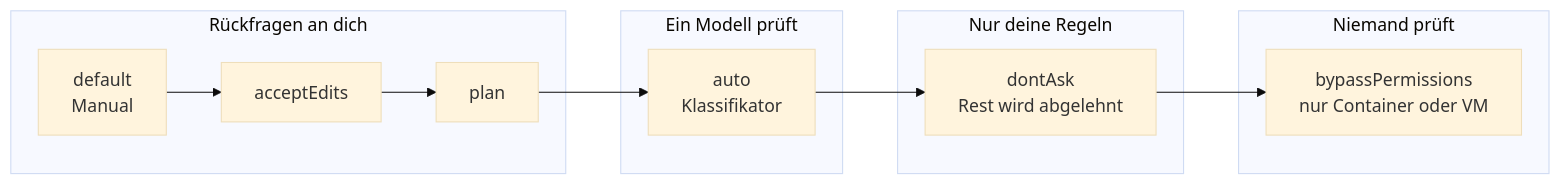
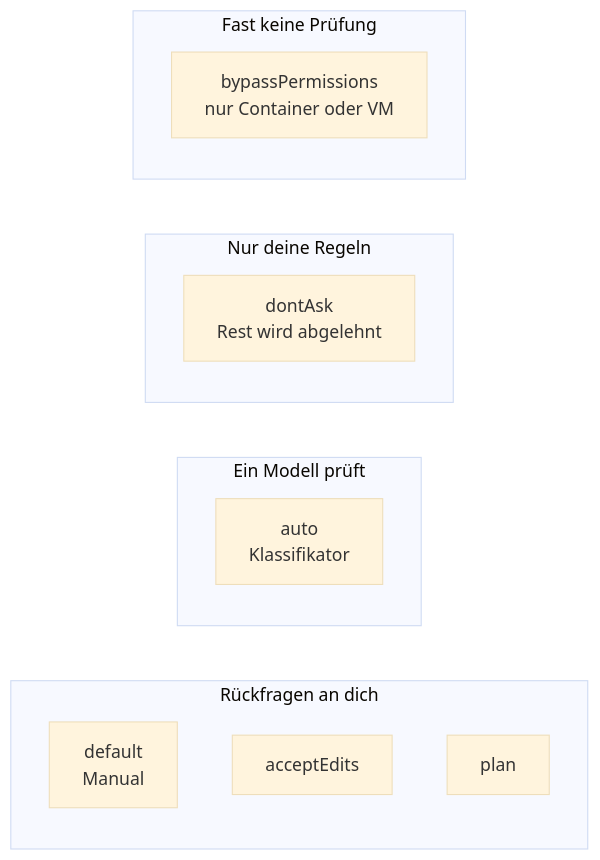
One commit to dynamic-dome/dynamic-workshop changed the diagram in resources/library/s1-06-rechte-modi.md. Above: the diagram before and after it, drawn with Mermaid (base theme). The commit also changed other lines of this file and 56 other files, not shown here.

````diff
--- a/resources/library/s1-06-rechte-modi.md
+++ b/resources/library/s1-06-rechte-modi.md
@@ -41,16 +43,17 @@
 ```mermaid
 flowchart LR
   subgraph du["Rückfragen an dich"]
-    D["default<br/>Manual"] --> E["acceptEdits"] --> P["plan"]
+    D["default<br/>Manual"]
+    E["acceptEdits"]
+    P["plan"]
   end
   subgraph modell["Ein Modell prüft"]
     A["auto<br/>Klassifikator"]
   end
   subgraph regeln["Nur deine Regeln"]
     N["dontAsk<br/>Rest wird abgelehnt"]
   end
-  subgraph niemand["Niemand prüft"]
+  subgraph kaum["Fast keine Prüfung"]
     B["bypassPermissions<br/>nur Container oder VM"]
   end
-  P --> A --> N --> B
 ```
````
